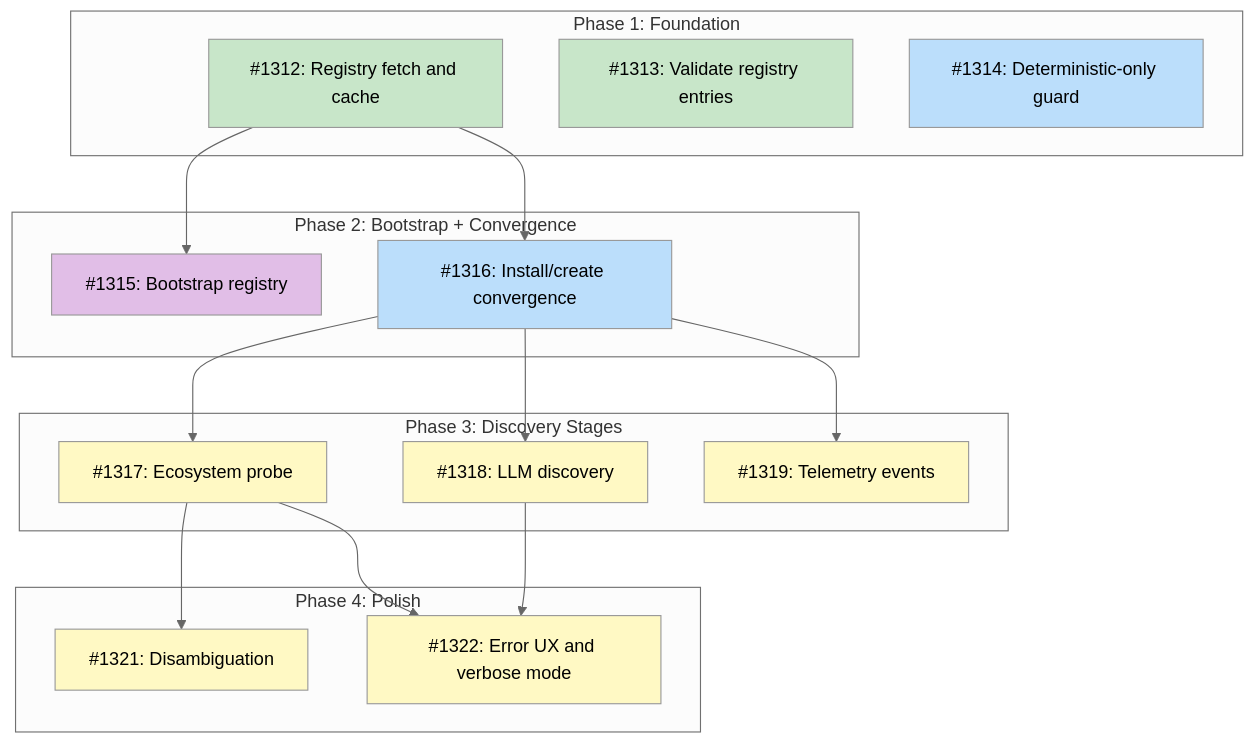
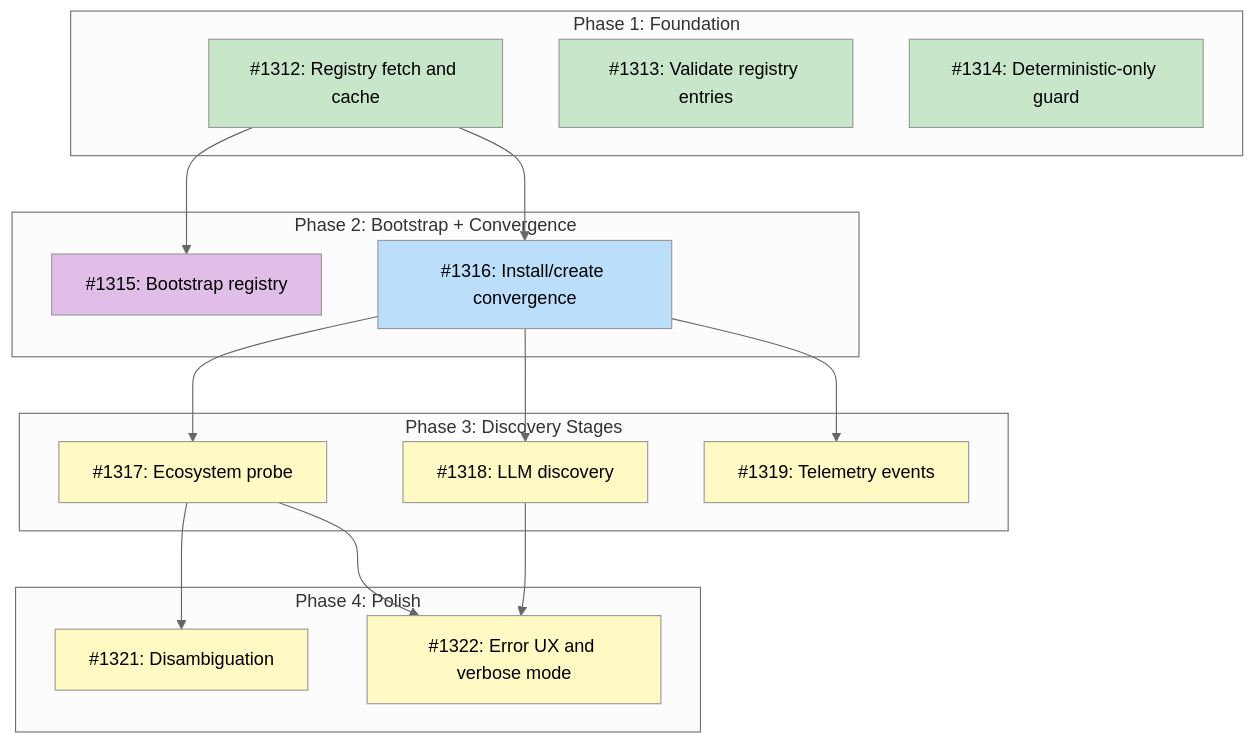
One commit to tsukumogami/tsuku changed the diagram in docs/designs/DESIGN-discovery-resolver.md. Above: the diagram before and after it, drawn with Mermaid (neutral theme). The commit also changed 3 other files, not shown here.

````diff
--- a/docs/designs/DESIGN-discovery-resolver.md
+++ b/docs/designs/DESIGN-discovery-resolver.md
@@ -58,45 +58,44 @@
 ```mermaid
 graph TD
     subgraph Phase1["Phase 1: Foundation"]
         I1312["#1312: Registry fetch and cache"]
         I1313["#1313: Validate registry entries"]
         I1314["#1314: Deterministic-only guard"]
     end
 
     subgraph Phase2["Phase 2: Bootstrap + Convergence"]
         I1315["#1315: Bootstrap registry"]
         I1316["#1316: Install/create convergence"]
     end
 
     subgraph Phase3["Phase 3: Discovery Stages"]
         I1317["#1317: Ecosystem probe"]
         I1318["#1318: LLM discovery"]
         I1319["#1319: Telemetry events"]
     end
 
     subgraph Phase4["Phase 4: Polish"]
         I1321["#1321: Disambiguation"]
         I1322["#1322: Error UX and verbose mode"]
     end
 
     I1312 --> I1315
     I1312 --> I1316
     I1316 --> I1317
     I1316 --> I1318
     I1316 --> I1319
     I1317 --> I1321
     I1317 --> I1322
     I1318 --> I1322
 
     classDef done fill:#c8e6c9
     classDef ready fill:#bbdefb
     classDef blocked fill:#fff9c4
     classDef needsDesign fill:#e1bee7
 
-    class I1312,I1313 done
-    class I1314 ready
+    class I1312,I1313,I1314 done
     class I1319 blocked
     class I1316 ready
     class I1315 needsDesign
     class I1317,I1318,I1321,I1322 blocked
 ```
````
